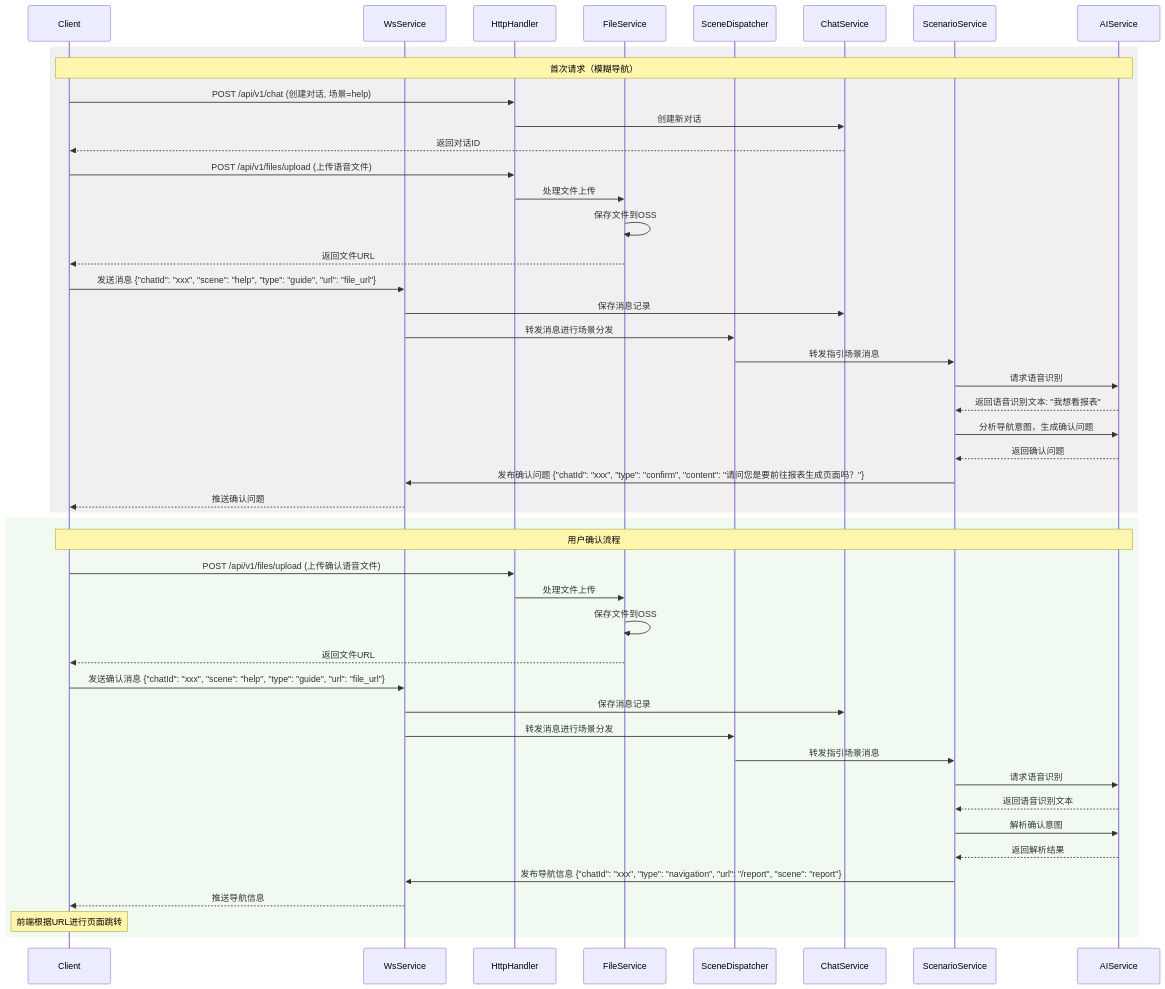
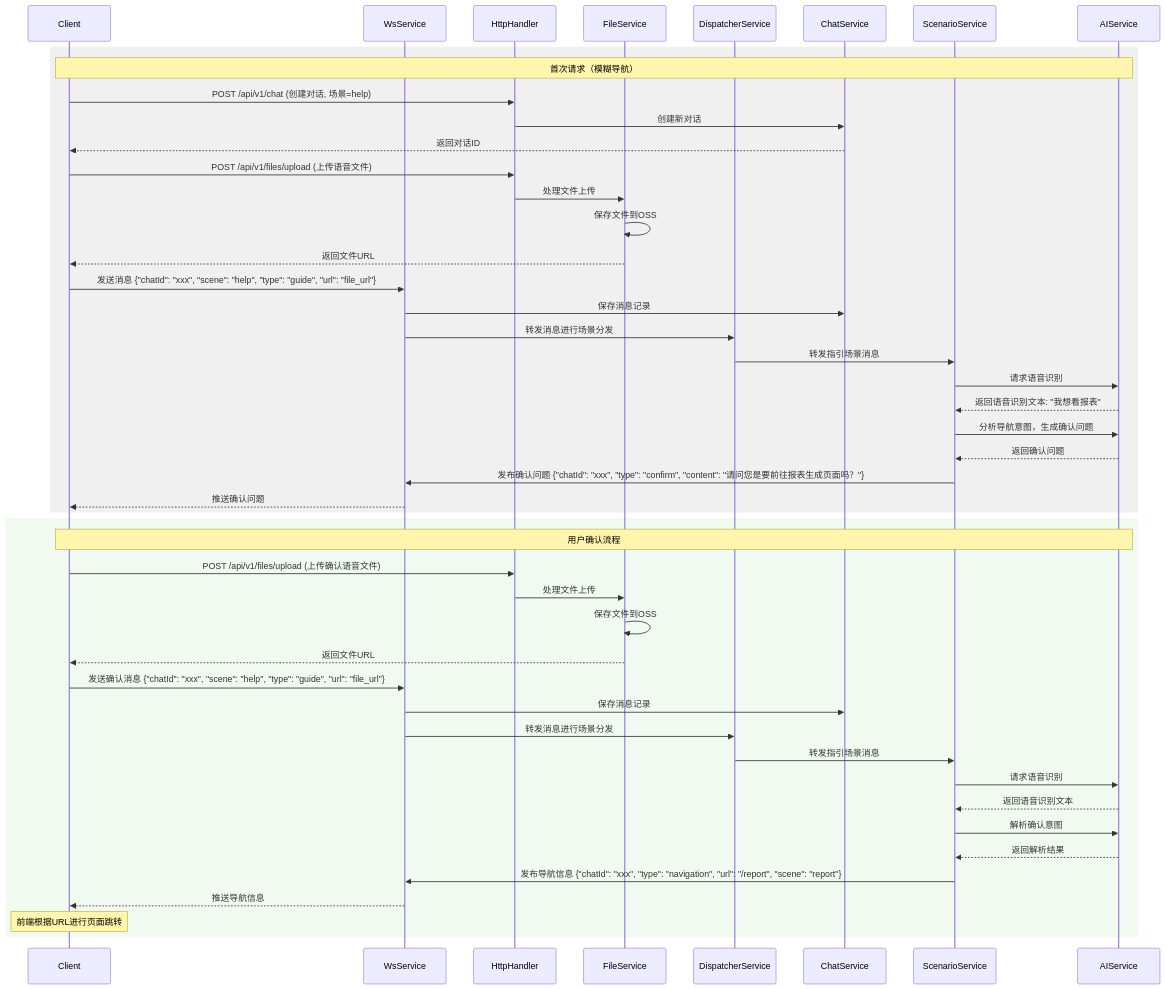
The second of 5 diagrams in ai-coding/output/应用软件交互时序图.md (hanhzf/aiops), drawn with Mermaid before and after one commit. The commit also changed other lines of this file and 1 other file, not shown here.

````diff
--- a/ai-coding/output/应用软件交互时序图.md
+++ b/ai-coding/output/应用软件交互时序图.md
@@ -25,60 +25,60 @@
 ```mermaid
 sequenceDiagram
     participant Client
     participant WsService
     participant HttpHandler
     participant FileService
-    participant SceneDispatcher
+    participant DispatcherService
     participant ChatService
     participant ScenarioService
     participant AIService
 
     %% %% WebSocket连接建立（只需要建立一次）
     %% Client->>WsService: 建立WebSocket连接
     %% WsService-->>Client: 连接确认
 
     %% 第一次语音文件上传流程（首页导航请求）
     rect rgb(240, 240, 240)
         Note over Client,AIService: 首次请求（模糊导航）
         Client->>HttpHandler: POST /api/v1/chat (创建对话, 场景=help)
         HttpHandler->>ChatService: 创建新对话
         ChatService-->>Client: 返回对话ID
         
         Client->>HttpHandler: POST /api/v1/files/upload (上传语音文件)
         HttpHandler->>FileService: 处理文件上传
         FileService->>FileService: 保存文件到OSS
         FileService-->>Client: 返回文件URL
         
         Client->>WsService: 发送消息 {"chatId": "xxx", "scene": "help", "type": "guide", "url": "file_url"}
         WsService->>ChatService: 保存消息记录
-        WsService->>SceneDispatcher: 转发消息进行场景分发
-        SceneDispatcher->>ScenarioService: 转发指引场景消息
+        WsService->>DispatcherService: 转发消息进行场景分发
+        DispatcherService->>ScenarioService: 转发指引场景消息
         ScenarioService->>AIService: 请求语音识别
         AIService-->>ScenarioService: 返回语音识别文本: "我想看报表"
         ScenarioService->>AIService: 分析导航意图，生成确认问题
         AIService-->>ScenarioService: 返回确认问题
         ScenarioService->>WsService: 发布确认问题 {"chatId": "xxx", "type": "confirm", "content": "请问您是要前往报表生成页面吗？"}
         WsService-->>Client: 推送确认问题
     end
 
     %% 用户确认流程
     rect rgb(240, 250, 240)
         Note over Client,AIService: 用户确认流程
         Client->>HttpHandler: POST /api/v1/files/upload (上传确认语音文件)
         HttpHandler->>FileService: 处理文件上传
         FileService->>FileService: 保存文件到OSS
         FileService-->>Client: 返回文件URL
         
         Client->>WsService: 发送确认消息 {"chatId": "xxx", "scene": "help", "type": "guide", "url": "file_url"}
         WsService->>ChatService: 保存消息记录
-        WsService->>SceneDispatcher: 转发消息进行场景分发
-        SceneDispatcher->>ScenarioService: 转发指引场景消息
+        WsService->>DispatcherService: 转发消息进行场景分发
+        DispatcherService->>ScenarioService: 转发指引场景消息
         ScenarioService->>AIService: 请求语音识别
         AIService-->>ScenarioService: 返回语音识别文本
         ScenarioService->>AIService: 解析确认意图
         AIService-->>ScenarioService: 返回解析结果
         ScenarioService->>WsService: 发布导航信息 {"chatId": "xxx", "type": "navigation", "url": "/report", "scene": "report"}
         WsService-->>Client: 推送导航信息
         Note over Client: 前端根据URL进行页面跳转
     end
 ```
````
